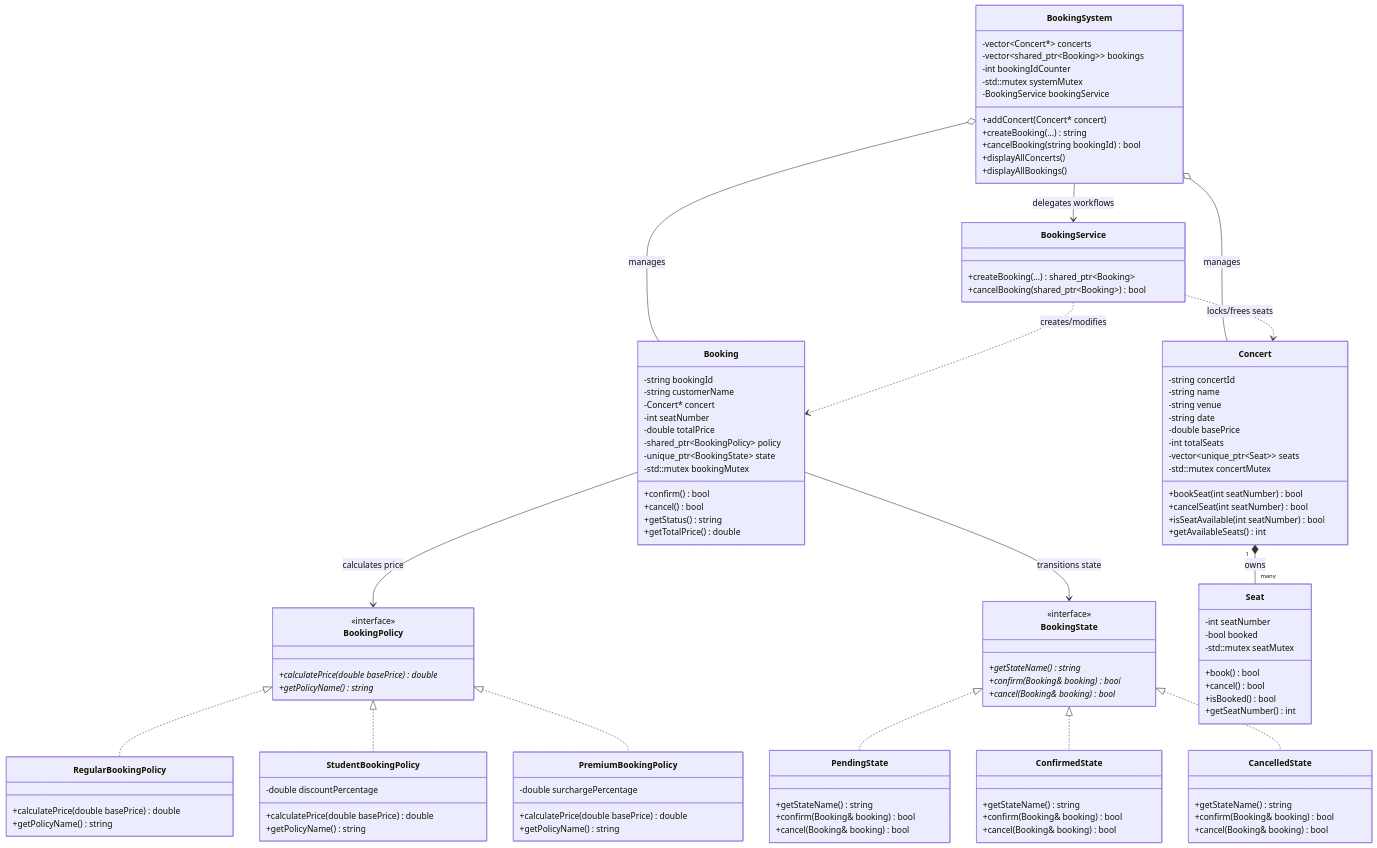
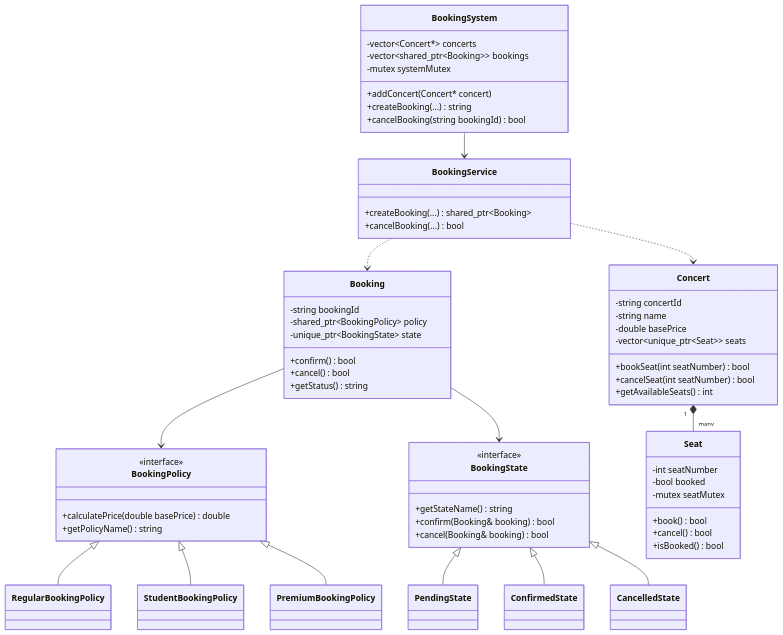
The diagram in README.md (Dushyant110/Concert-Ticket-Booking), drawn with Mermaid before and after one commit. The commit also changed other lines of this file, not shown here.

````diff
--- a/README.md
+++ b/README.md
@@ -21,116 +51,75 @@
 classDiagram
     class BookingPolicy {
         <<interface>>
-        +calculatePrice(double basePrice) double*
-        +getPolicyName() string*
-    }
-    class RegularBookingPolicy {
         +calculatePrice(double basePrice) double
         +getPolicyName() string
     }
-    class StudentBookingPolicy {
-        -double discountPercentage
-        +calculatePrice(double basePrice) double
-        +getPolicyName() string
-    }
-    class PremiumBookingPolicy {
-        -double surchargePercentage
-        +calculatePrice(double basePrice) double
-        +getPolicyName() string
-    }
-    BookingPolicy <|.. RegularBookingPolicy
-    BookingPolicy <|.. StudentBookingPolicy
-    BookingPolicy <|.. PremiumBookingPolicy
+    class RegularBookingPolicy
+    class StudentBookingPolicy
+    class PremiumBookingPolicy
+    BookingPolicy <|-- RegularBookingPolicy
+    BookingPolicy <|-- StudentBookingPolicy
+    BookingPolicy <|-- PremiumBookingPolicy
 
     class BookingState {
         <<interface>>
-        +getStateName() string*
-        +confirm(Booking& booking) bool*
-        +cancel(Booking& booking) bool*
-    }
-    class PendingState {
         +getStateName() string
         +confirm(Booking& booking) bool
         +cancel(Booking& booking) bool
     }
-    class ConfirmedState {
-        +getStateName() string
-        +confirm(Booking& booking) bool
-        +cancel(Booking& booking) bool
-    }
-    class CancelledState {
-        +getStateName() string
-        +confirm(Booking& booking) bool
-        +cancel(Booking& booking) bool
-    }
-    BookingState <|.. PendingState
-    BookingState <|.. ConfirmedState
-    BookingState <|.. CancelledState
+    class PendingState
+    class ConfirmedState
+    class CancelledState
+    BookingState <|-- PendingState
+    BookingState <|-- ConfirmedState
+    BookingState <|-- CancelledState
 
     class Seat {
         -int seatNumber
         -bool booked
-        -std::mutex seatMutex
+        -mutex seatMutex
         +book() bool
         +cancel() bool
         +isBooked() bool
-        +getSeatNumber() int
     }
 
     class Concert {
         -string concertId
         -string name
-        -string venue
-        -string date
         -double basePrice
-        -int totalSeats
         -vector~unique_ptr~Seat~~ seats
-        -std::mutex concertMutex
         +bookSeat(int seatNumber) bool
         +cancelSeat(int seatNumber) bool
-        +isSeatAvailable(int seatNumber) bool
         +getAvailableSeats() int
     }
 
     class Booking {
         -string bookingId
-        -string customerName
-        -Concert* concert
-        -int seatNumber
-        -double totalPrice
         -shared_ptr~BookingPolicy~ policy
         -unique_ptr~BookingState~ state
-        -std::mutex bookingMutex
         +confirm() bool
         +cancel() bool
         +getStatus() string
-        +getTotalPrice() double
     }
 
     class BookingService {
         +createBooking(...) shared_ptr~Booking~
-        +cancelBooking(shared_ptr~Booking~) bool
+        +cancelBooking(...) bool
     }
 
     class BookingSystem {
         -vector~Concert*~ concerts
         -vector~shared_ptr~Booking~~ bookings
-        -int bookingIdCounter
-        -std::mutex systemMutex
-        -BookingService bookingService
+        -mutex systemMutex
         +addConcert(Concert* concert)
         +createBooking(...) string
         +cancelBooking(string bookingId) bool
-        +displayAllConcerts()
-        +displayAllBookings()
     }
 
-    Concert "1" *-- "many" Seat : owns
-    BookingSystem o-- Concert : manages
-    BookingSystem o-- Booking : manages
-    BookingSystem --> BookingService : delegates workflows
-    BookingService ..> Booking : creates/modifies
-    BookingService ..> Concert : locks/frees seats
-    Booking --> BookingPolicy : calculates price
-    Booking --> BookingState : transitions state
+    Concert "1" *-- "many" Seat
+    BookingSystem --> BookingService
+    BookingService ..> Concert
+    BookingService ..> Booking
+    Booking --> BookingPolicy
+    Booking --> BookingState
 ```
````
